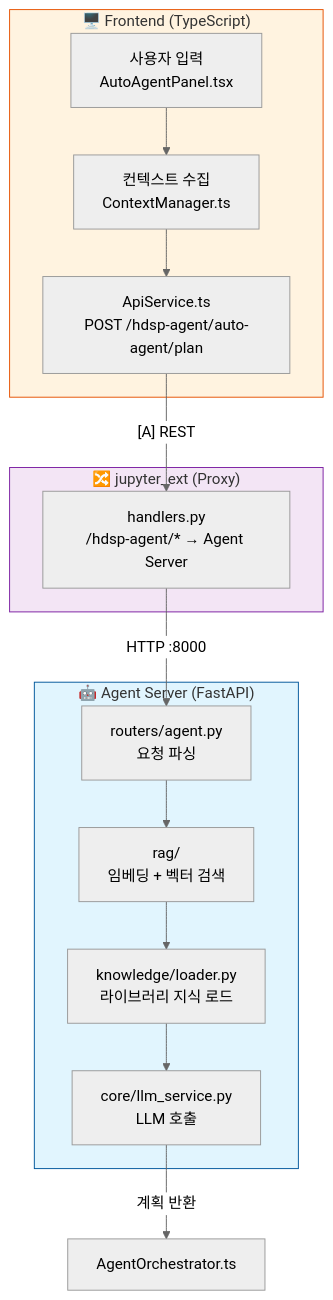
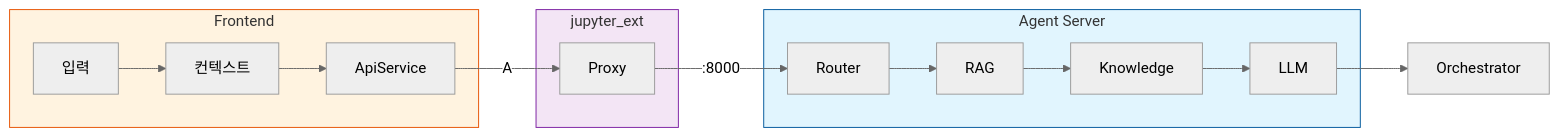
The fifth of 6 diagrams in docs/agent_planning_flow.md (lks21c/hdsp_agent), drawn with Mermaid (neutral theme) before and after one commit. The commit also changed other lines of this file, not shown here.

First line of the commit message:
docs: Compact data flow diagrams A and B

````diff
--- a/docs/agent_planning_flow.md
+++ b/docs/agent_planning_flow.md
@@ -350,29 +350,21 @@
 ```mermaid
-flowchart TD
-    subgraph Frontend["🖥️ Frontend (TypeScript)"]
-        Input["사용자 입력<br/>AutoAgentPanel.tsx"]
-        Context["컨텍스트 수집<br/>ContextManager.ts"]
-        Api["ApiService.ts<br/>POST /hdsp-agent/auto-agent/plan"]
+flowchart LR
+    subgraph Frontend["Frontend"]
+        Input["입력"] --> Context["컨텍스트"] --> Api["ApiService"]
     end
 
-    subgraph Proxy["🔀 jupyter_ext (Proxy)"]
-        Handler["handlers.py<br/>/hdsp-agent/* → Agent Server"]
+    subgraph Proxy["jupyter_ext"]
+        Handler["Proxy"]
     end
 
-    subgraph Server["🤖 Agent Server (FastAPI)"]
-        Router["routers/agent.py<br/>요청 파싱"]
-        RAG["rag/<br/>임베딩 + 벡터 검색"]
-        Knowledge["knowledge/loader.py<br/>라이브러리 지식 로드"]
-        LLM["core/llm_service.py<br/>LLM 호출"]
+    subgraph Server["Agent Server"]
+        Router["Router"] --> RAG["RAG"] --> Knowledge["Knowledge"] --> LLM["LLM"]
     end
 
-    Input --> Context --> Api
-    Api -->|"[A] REST"| Handler
-    Handler -->|"HTTP :8000"| Router
-    Router --> RAG --> Knowledge --> LLM
-    LLM -->|"계획 반환"| Return["AgentOrchestrator.ts"]
+    Api -->|"A"| Handler -->|":8000"| Router
+    LLM --> Return["Orchestrator"]
 
     style Frontend fill:#fff3e0,stroke:#e65100
     style Proxy fill:#f3e5f5,stroke:#7b1fa2
     style Server fill:#e1f5fe,stroke:#01579b
 ```
````
